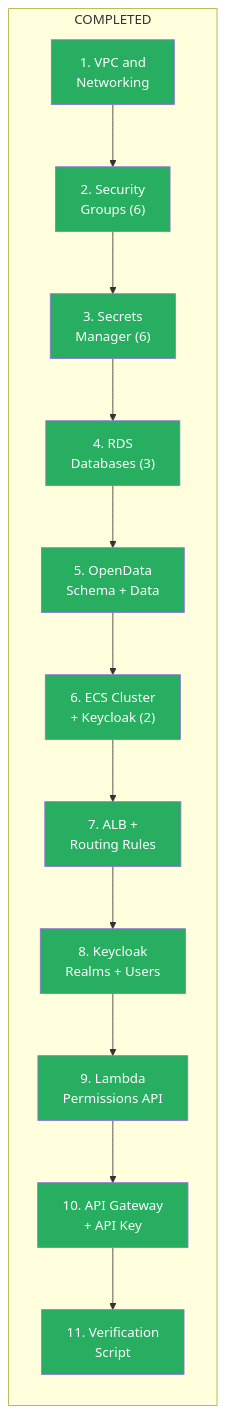
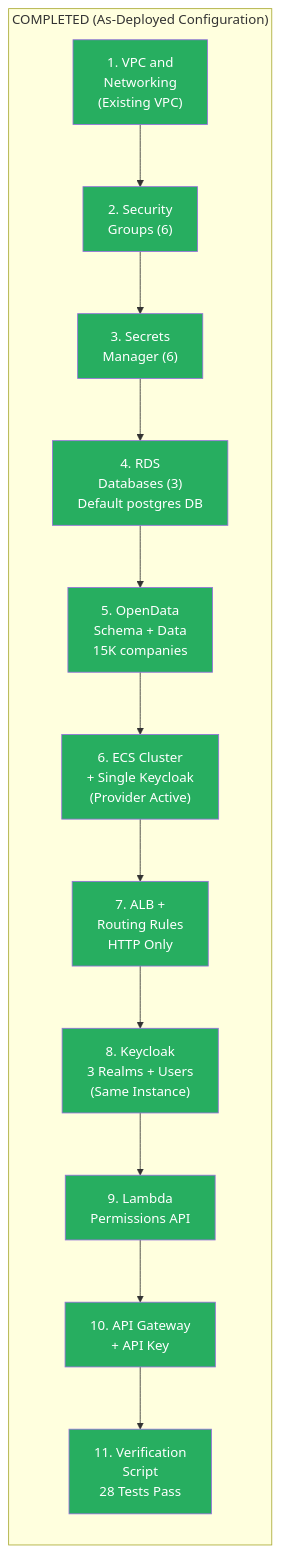
Before and after one commit to jaafar-benabderrazak/denodo_poc: the tenth of 12 diagrams in docs/DEPLOYMENT_STATUS.md, drawn with Mermaid. The commit also changed other lines of this file, not shown here.

First line of the commit message:
Update DEPLOYMENT_STATUS.md to reflect actual deployed architecture

````diff
--- a/docs/DEPLOYMENT_STATUS.md
+++ b/docs/DEPLOYMENT_STATUS.md
@@ -358,27 +391,27 @@
 ```mermaid
 flowchart LR
-    subgraph "COMPLETED"
-        A["1. VPC and\nNetworking"] --> B["2. Security\nGroups (6)"]
+    subgraph "COMPLETED (As-Deployed Configuration)"
+        A["1. VPC and\nNetworking\n(Existing VPC)"] --> B["2. Security\nGroups (6)"]
         B --> C["3. Secrets\nManager (6)"]
-        C --> D["4. RDS\nDatabases (3)"]
-        D --> E["5. OpenData\nSchema + Data"]
-        E --> F["6. ECS Cluster\n+ Keycloak (2)"]
-        F --> G["7. ALB +\nRouting Rules"]
-        G --> H["8. Keycloak\nRealms + Users"]
+        C --> D["4. RDS\nDatabases (3)\nDefault postgres DB"]
+        D --> E["5. OpenData\nSchema + Data\n15K companies"]
+        E --> F["6. ECS Cluster\n+ Single Keycloak\n(Provider Active)"]
+        F --> G["7. ALB +\nRouting Rules\nHTTP Only"]
+        G --> H["8. Keycloak\n3 Realms + Users\n(Same Instance)"]
         H --> I["9. Lambda\nPermissions API"]
         I --> J["10. API Gateway\n+ API Key"]
-        J --> K["11. Verification\nScript"]
+        J --> K["11. Verification\nScript\n28 Tests Pass"]
     end
 
     style A fill:#27ae60,color:#fff
     style B fill:#27ae60,color:#fff
     style C fill:#27ae60,color:#fff
     style D fill:#27ae60,color:#fff
     style E fill:#27ae60,color:#fff
     style F fill:#27ae60,color:#fff
     style G fill:#27ae60,color:#fff
     style H fill:#27ae60,color:#fff
     style I fill:#27ae60,color:#fff
     style J fill:#27ae60,color:#fff
     style K fill:#27ae60,color:#fff
 ```
````
